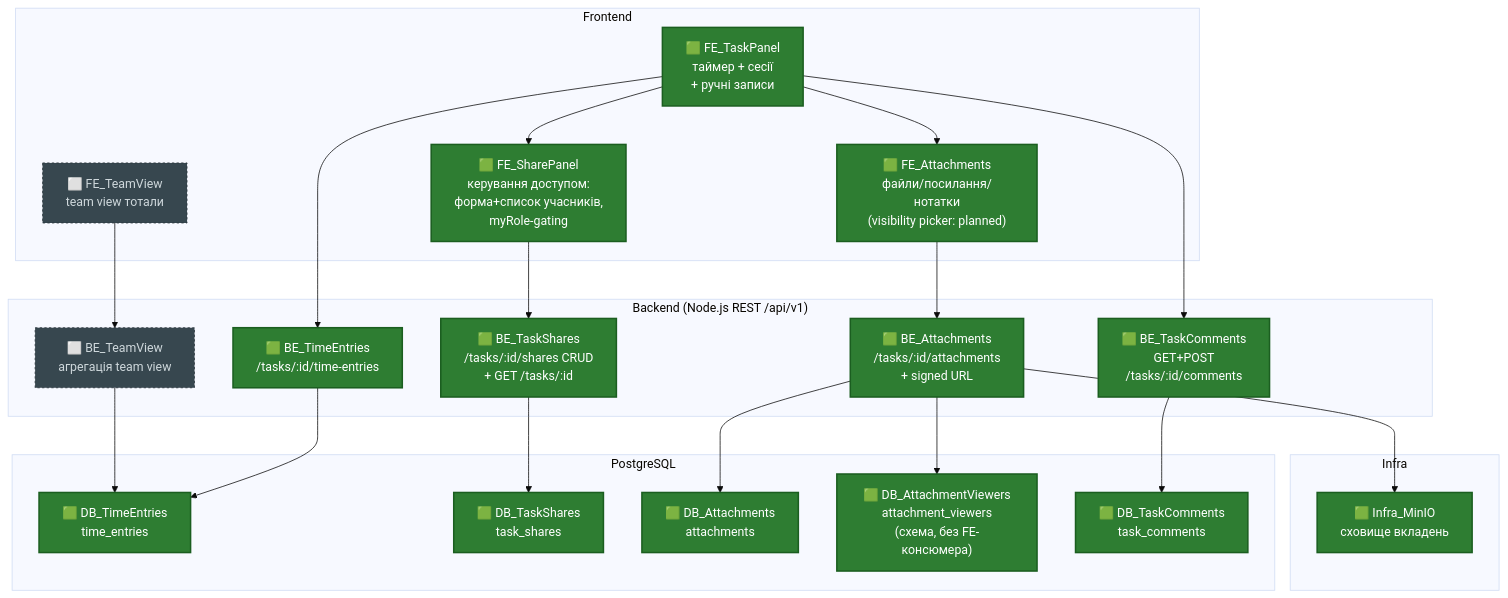
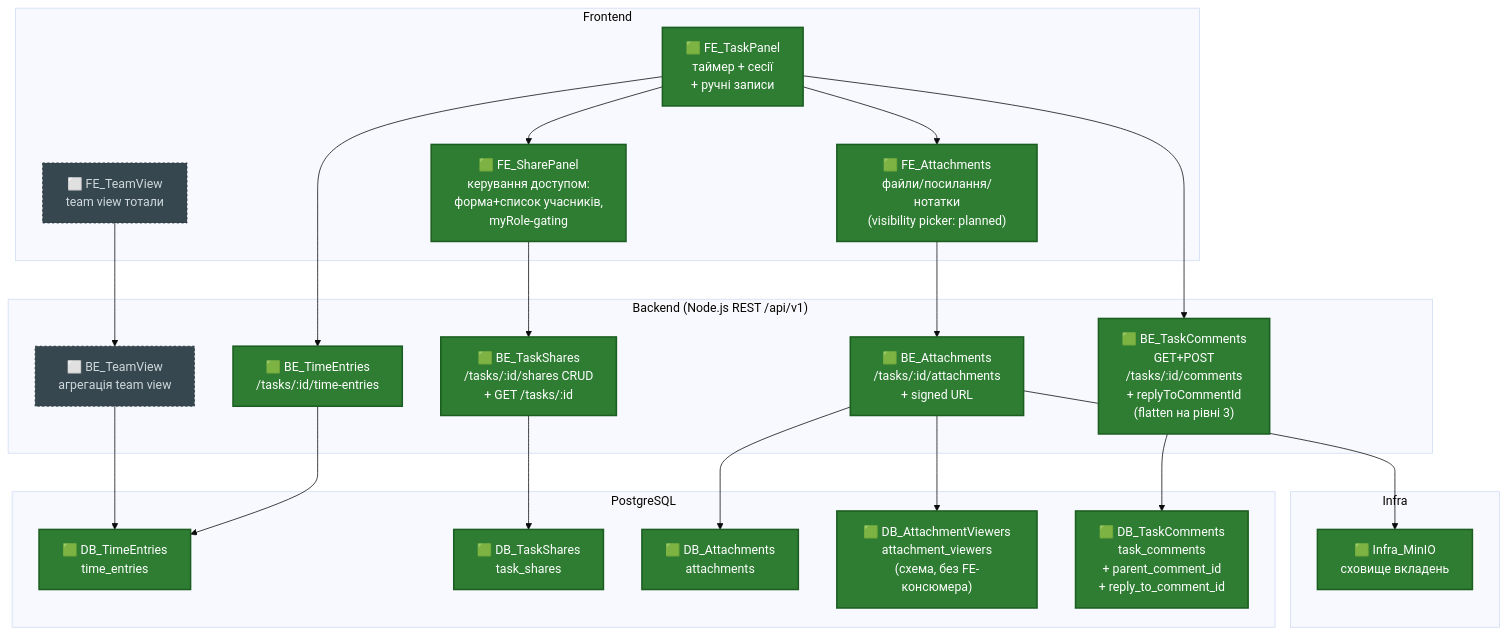
One commit to ansukhorukova/learn-it changed the third of 5 diagrams in PROJECT_MAP.md. Above: the diagram before and after it, drawn with Mermaid (base theme). The commit also changed other lines of this file and 2 other files, not shown here.

Commit message:
docs: update PROJECT_MAP.md — відповіді на коментарі таски та reply/forward у чаті (US-034…US-036)

````diff
--- a/PROJECT_MAP.md
+++ b/PROJECT_MAP.md
@@ -122,51 +122,51 @@
 ```mermaid
 graph TD
   classDef done fill:#2e7d32,color:#ffffff,stroke:#1b5e20,stroke-width:2px;
   classDef progress fill:#f9a825,color:#1a1a1a,stroke:#f57f17,stroke-width:2px;
   classDef planned fill:#37474f,color:#cfd8dc,stroke:#263238,stroke-width:1px,stroke-dasharray: 3 3;
 
   subgraph FE["Frontend"]
     FE_TaskPanel["🟩 FE_TaskPanel<br/>таймер + сесії<br/>+ ручні записи"]
     FE_Attachments["🟩 FE_Attachments<br/>файли/посилання/нотатки<br/>(visibility picker: planned)"]
     FE_SharePanel["🟩 FE_SharePanel<br/>керування доступом:<br/>форма+список учасників,<br/>myRole-gating"]
     FE_TeamView["⬜ FE_TeamView<br/>team view тотали"]
   end
 
   subgraph BE["Backend (Node.js REST /api/v1)"]
     BE_TimeEntries["🟩 BE_TimeEntries<br/>/tasks/:id/time-entries"]
     BE_TaskShares["🟩 BE_TaskShares<br/>/tasks/:id/shares CRUD<br/>+ GET /tasks/:id"]
     BE_Attachments["🟩 BE_Attachments<br/>/tasks/:id/attachments<br/>+ signed URL"]
-    BE_TaskComments["🟩 BE_TaskComments<br/>GET+POST<br/>/tasks/:id/comments"]
+    BE_TaskComments["🟩 BE_TaskComments<br/>GET+POST<br/>/tasks/:id/comments<br/>+ replyToCommentId<br/>(flatten на рівні 3)"]
     BE_TeamView["⬜ BE_TeamView<br/>агрегація team view"]
   end
 
   subgraph DB["PostgreSQL"]
     DB_TimeEntries["🟩 DB_TimeEntries<br/>time_entries"]
     DB_TaskShares["🟩 DB_TaskShares<br/>task_shares"]
     DB_Attachments["🟩 DB_Attachments<br/>attachments"]
     DB_AttachmentViewers["🟩 DB_AttachmentViewers<br/>attachment_viewers<br/>(схема, без FE-консюмера)"]
-    DB_TaskComments["🟩 DB_TaskComments<br/>task_comments"]
+    DB_TaskComments["🟩 DB_TaskComments<br/>task_comments<br/>+ parent_comment_id<br/>+ reply_to_comment_id"]
   end
 
   subgraph Infra["Infra"]
     Infra_MinIO["🟩 Infra_MinIO<br/>сховище вкладень"]
   end
 
   FE_TaskPanel --> BE_TimeEntries
   BE_TimeEntries --> DB_TimeEntries
   FE_TaskPanel --> FE_SharePanel
   FE_SharePanel --> BE_TaskShares
   BE_TaskShares --> DB_TaskShares
   FE_TaskPanel --> FE_Attachments
   FE_Attachments --> BE_Attachments
   BE_Attachments --> DB_Attachments
   BE_Attachments --> DB_AttachmentViewers
   BE_Attachments --> Infra_MinIO
   FE_TaskPanel --> BE_TaskComments
   BE_TaskComments --> DB_TaskComments
   FE_TeamView --> BE_TeamView
   BE_TeamView --> DB_TimeEntries
 
   class FE_TaskPanel,FE_Attachments,FE_SharePanel,BE_TimeEntries,BE_TaskShares,BE_Attachments,BE_TaskComments,DB_TimeEntries,DB_TaskShares,DB_Attachments,DB_AttachmentViewers,DB_TaskComments,Infra_MinIO done;
   class BE_TeamView,FE_TeamView planned;
 ```
````
